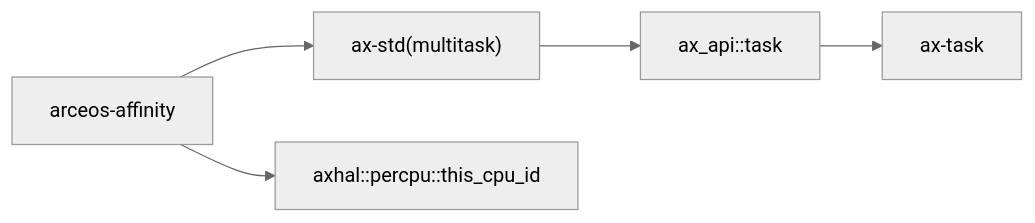
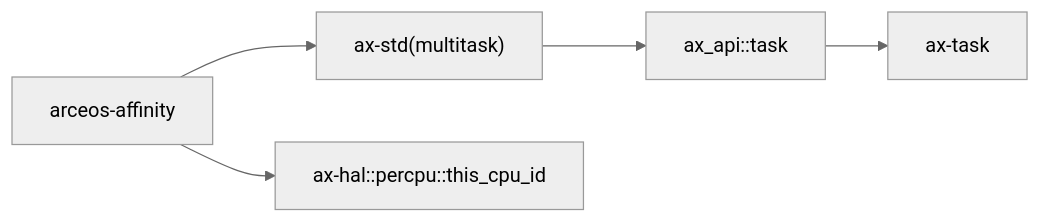
Before and after one commit to zKurisu/tgoskits: the second of 2 diagrams in docs/crates/arceos-affinity.md, drawn with Mermaid (neutral theme). The commit also changed other lines of this file and 158 other files, not shown here.

Commit message:
rename axhal to ax-hal

````diff
--- a/docs/crates/arceos-affinity.md
+++ b/docs/crates/arceos-affinity.md
@@ -83,7 +83,7 @@
 ```mermaid
 graph LR
     test["arceos-affinity"] --> ax-std["ax-std(multitask)"]
     ax-std --> ax-api["ax_api::task"]
     ax-api --> ax-task["ax-task"]
-    test --> axhal["axhal::percpu::this_cpu_id"]
+    test --> ax-hal["ax-hal::percpu::this_cpu_id"]
 ```
````
